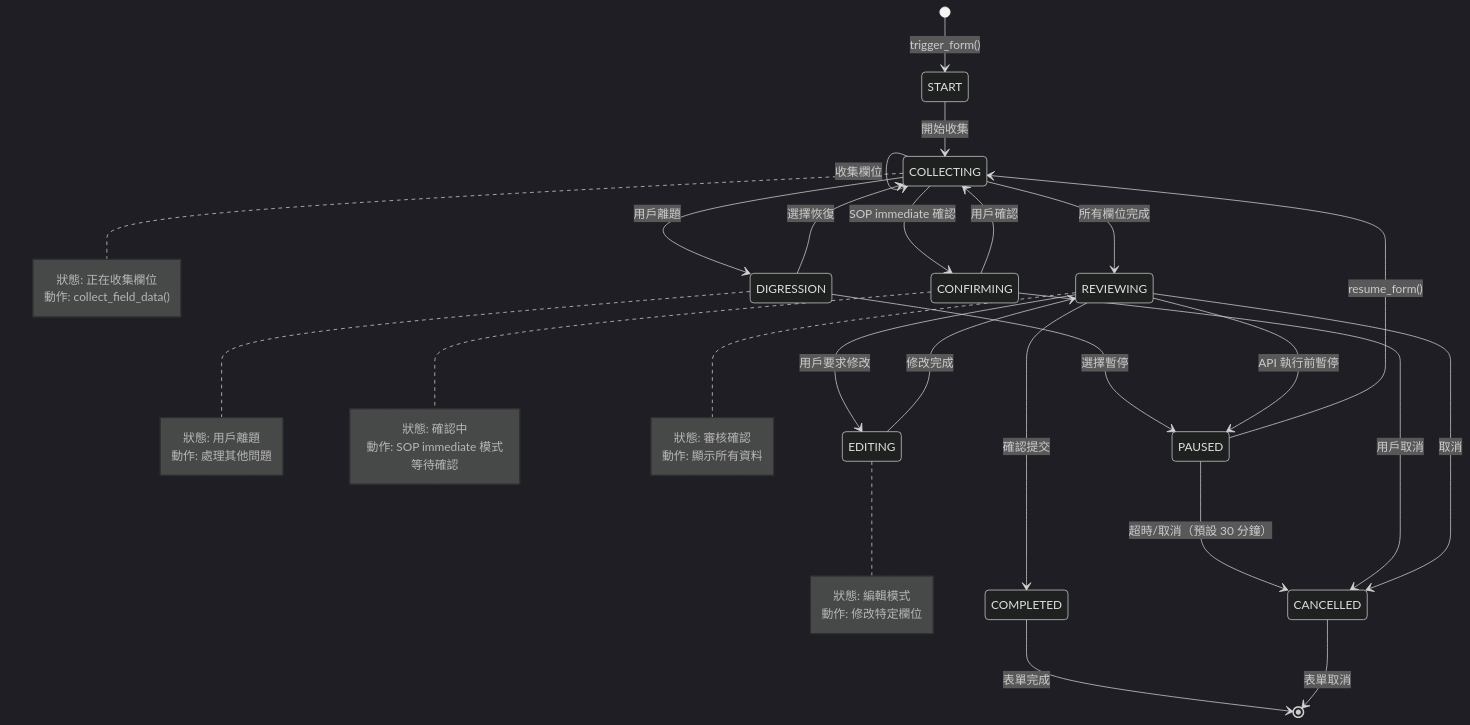
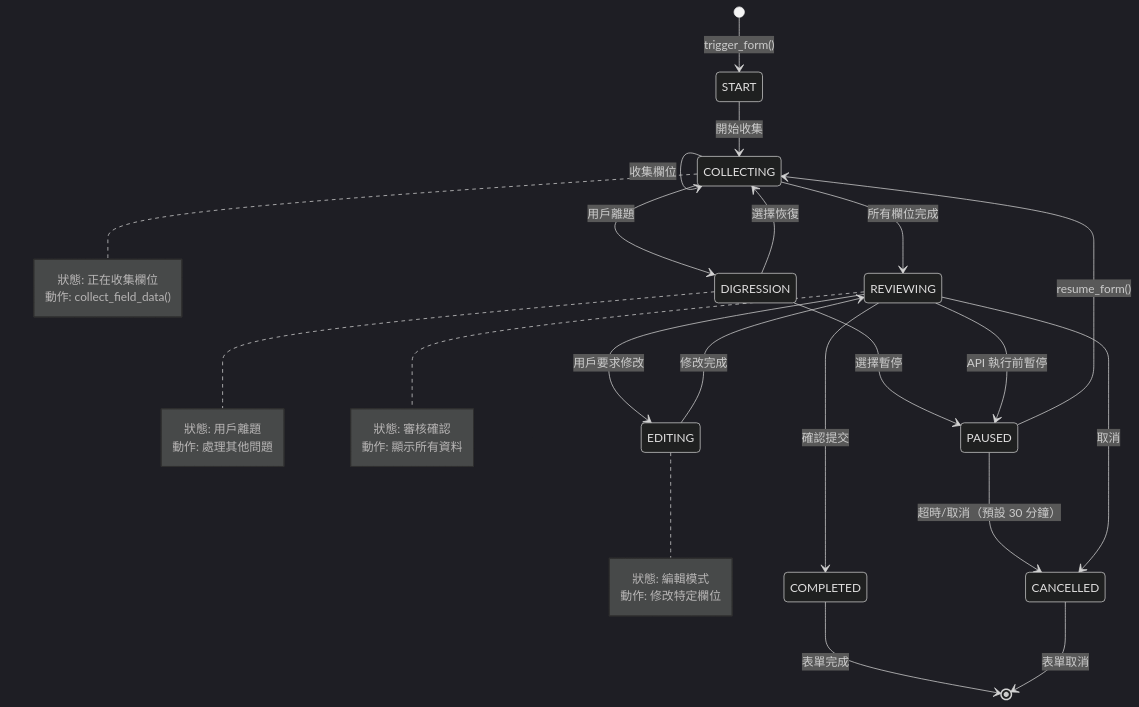
One commit to JGBlenny/AIChatbot changed the fourth of 9 diagrams in docs/architecture/COMPLETE_CONVERSATION_ARCHITECTURE.md. Above: the diagram before and after it, drawn with Mermaid (dark theme). The commit also changed other lines of this file and 7 other files, not shown here.

First line of the commit message:
docs(architecture): 對話架構文件對碼修正＋端到端流程圖(技術版/業務版)入庫

````diff
--- a/docs/architecture/COMPLETE_CONVERSATION_ARCHITECTURE.md
+++ b/docs/architecture/COMPLETE_CONVERSATION_ARCHITECTURE.md
@@ -595,55 +596,46 @@
 ```mermaid
 stateDiagram-v2
     [*] --> START: trigger_form()
 
     START --> COLLECTING: 開始收集
 
     COLLECTING --> COLLECTING: 收集欄位
     COLLECTING --> DIGRESSION: 用戶離題
     COLLECTING --> REVIEWING: 所有欄位完成
-    COLLECTING --> CONFIRMING: SOP immediate 確認
 
     DIGRESSION --> COLLECTING: 選擇恢復
     DIGRESSION --> PAUSED: 選擇暫停
 
     PAUSED --> COLLECTING: resume_form()
     PAUSED --> CANCELLED: 超時/取消（預設 30 分鐘）
-
-    CONFIRMING --> COLLECTING: 用戶確認
-    CONFIRMING --> CANCELLED: 用戶取消
 
     REVIEWING --> EDITING: 用戶要求修改
     REVIEWING --> COMPLETED: 確認提交
     REVIEWING --> PAUSED: API 執行前暫停
     REVIEWING --> CANCELLED: 取消
 
     EDITING --> REVIEWING: 修改完成
 
     COMPLETED --> [*]: 表單完成
     CANCELLED --> [*]: 表單取消
 
     note right of COLLECTING
         狀態: 正在收集欄位
         動作: collect_field_data()
     end note
 
     note right of DIGRESSION
         狀態: 用戶離題
         動作: 處理其他問題
     end note
 
-    note right of CONFIRMING
-        狀態: 確認中
-        動作: SOP immediate 模式等待確認
-    end note
-
     note right of REVIEWING
         狀態: 審核確認
         動作: 顯示所有資料
     end note
 
     note right of EDITING
         狀態: 編輯模式
         動作: 修改特定欄位
     end note
 ```
````
